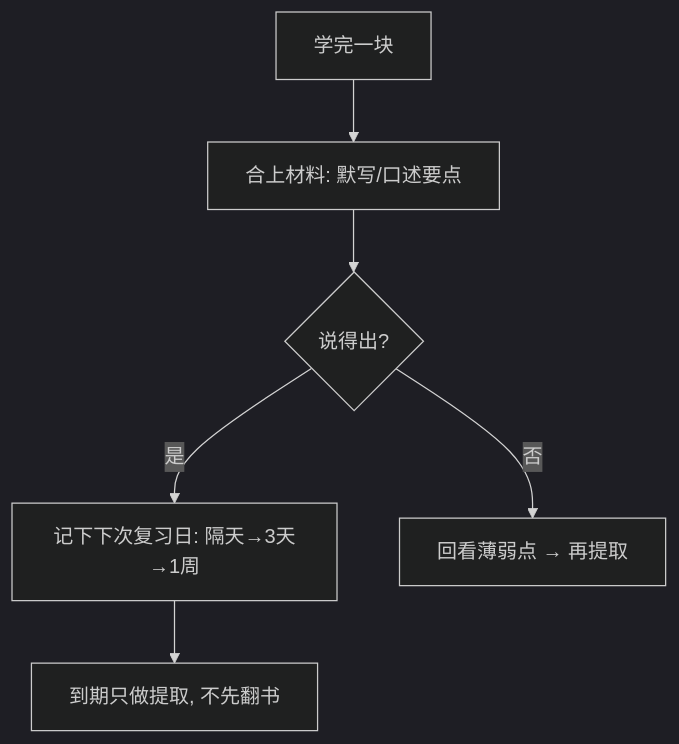
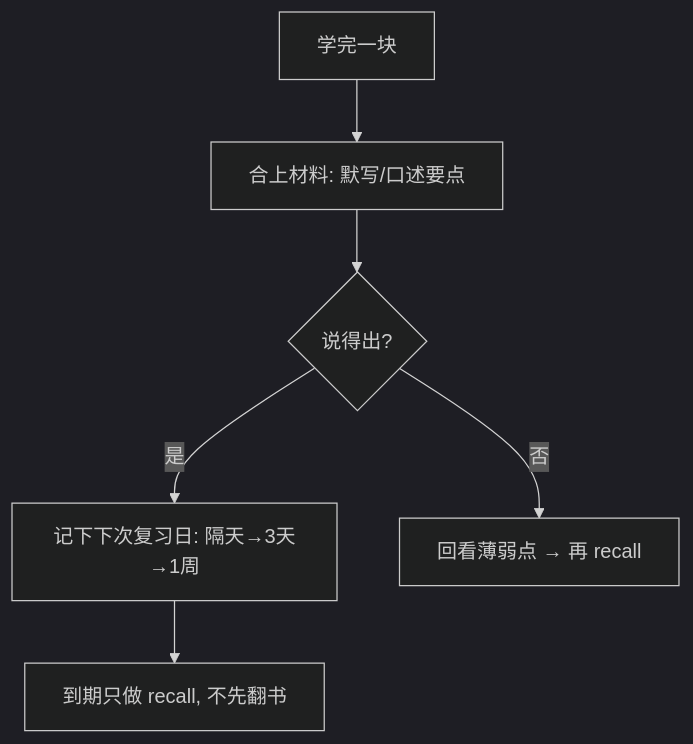
The fourth of 5 diagrams in .grok/skills/first-principles-learn/references/examples.md (hdy117/3dgs_tutorial), drawn with Mermaid (dark theme) before and after one commit. The commit also changed other lines of this file and 13 other files, not shown here.

````diff
--- a/.grok/skills/first-principles-learn/references/examples.md
+++ b/.grok/skills/first-principles-learn/references/examples.md
@@ -132,8 +137,8 @@
 ```mermaid
 flowchart TD
-  A[学完一块] --> B[合上材料: 默写/口述要点]
-  B --> C{说得出?}
-  C -->|是| D[记下下次复习日: 隔天→3天→1周]
-  C -->|否| E[回看薄弱点 → 再提取]
-  D --> F[到期只做提取, 不先翻书]
+  A["学完一块"] --> B["合上材料: 默写/口述要点"]
+  B --> C{"说得出?"}
+  C -->|是| D["记下下次复习日: 隔天→3天→1周"]
+  C -->|否| E["回看薄弱点 → 再 recall"]
+  D --> F["到期只做 recall, 不先翻书"]
 ```
````
